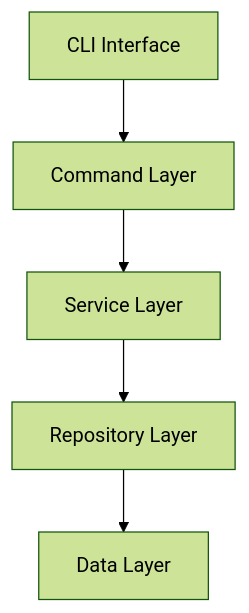
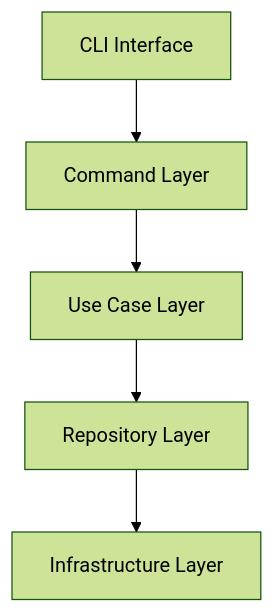
Before and after one commit to ashigirl96/hail-mary: the diagram in README.md, drawn with Mermaid (forest theme). The commit also changed other lines of this file and 22 other files, not shown here.

````diff
--- a/README.md
+++ b/README.md
@@ -270,7 +256,7 @@
 ```mermaid
 flowchart TB
     CLI[CLI Interface] --> CMD[Command Layer]
-    CMD --> SVC[Service Layer]
-    SVC --> REPO[Repository Layer]
-    REPO --> DATA[Data Layer]
+    CMD --> UC[Use Case Layer]
+    UC --> REPO[Repository Layer]
+    REPO --> INFRA[Infrastructure Layer]
 ```
````
